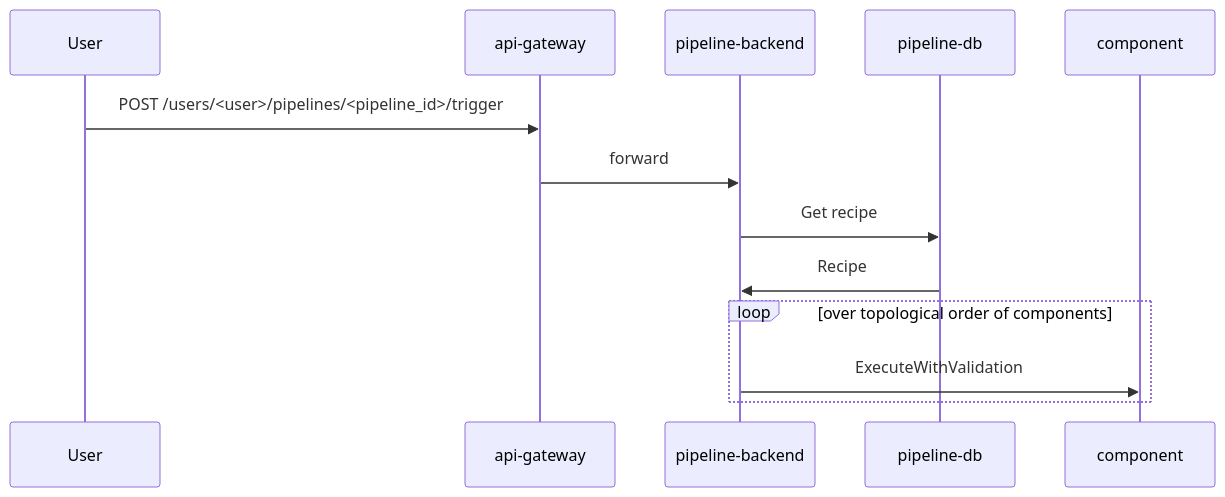
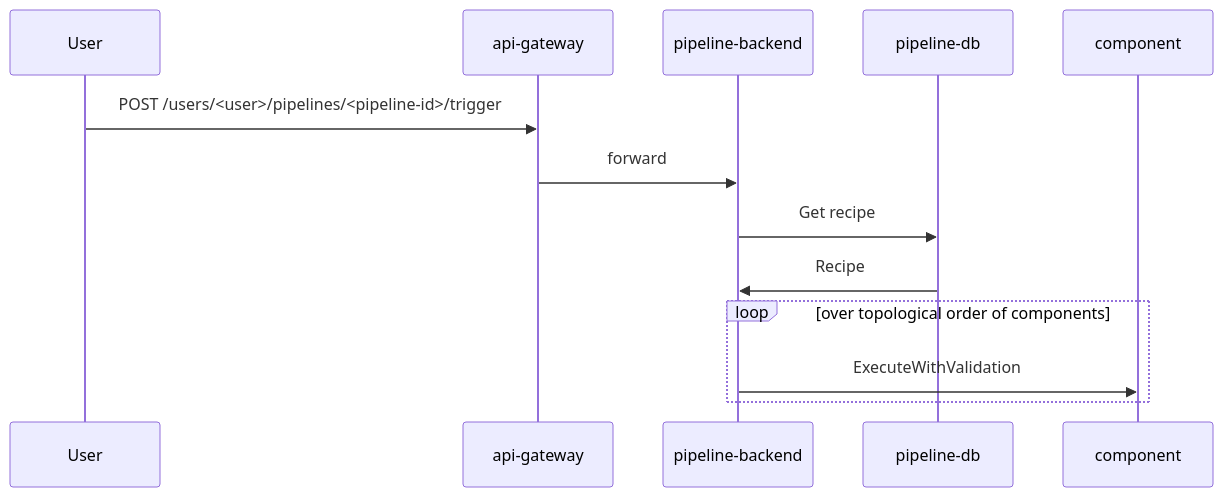
The third of 3 diagrams in .github/CONTRIBUTING.md (instill-ai/component), drawn with Mermaid before and after one commit. The commit also changed other lines of this file, not shown here.

````diff
--- a/.github/CONTRIBUTING.md
+++ b/.github/CONTRIBUTING.md
@@ -137,17 +137,17 @@
 ```mermaid
 sequenceDiagram
 
 participant u as User
 participant gw as api-gateway
 participant p as pipeline-backend
 participant db as pipeline-db
 participant c as component
 
-u ->> gw: POST /users/<user>/pipelines/<pipeline_id>/trigger
+u ->> gw: POST /users/<user>/pipelines/<pipeline-id>/trigger
 gw ->> p: forward
 p ->> db: Get recipe
 db ->> p: Recipe
 loop over topological order of components
     p->>c: ExecuteWithValidation
 end
 ```
````
